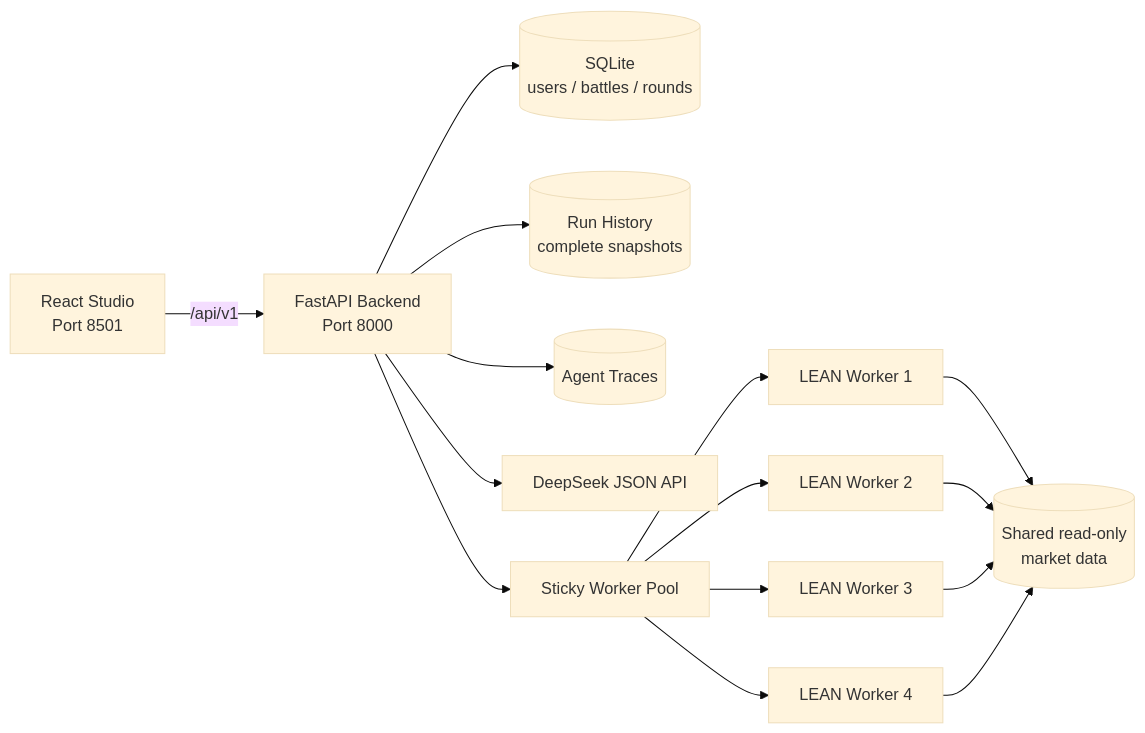
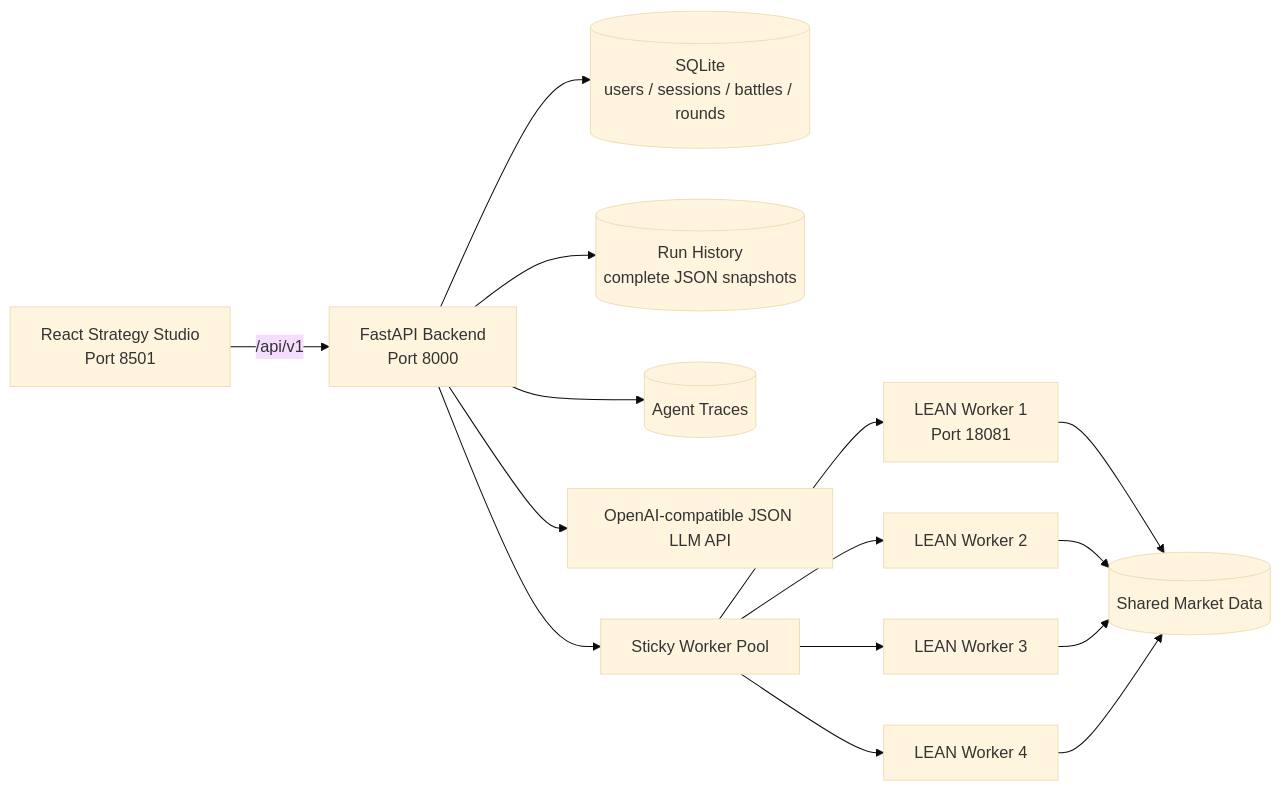
The second of 4 diagrams in README.md (FrankForest1003/AlphaForge), drawn with Mermaid (base theme) before and after one commit. The commit also changed other lines of this file, not shown here.

````diff
--- a/README.md
+++ b/README.md
@@ -156,19 +231,20 @@
 ```mermaid
 flowchart LR
-    U[React Studio<br/>Port 8501] -->|/api/v1| B[FastAPI Backend<br/>Port 8000]
-    B --> DB[(SQLite<br/>users / battles / rounds)]
-    B --> H[(Run History<br/>complete snapshots)]
+    U[React Strategy Studio<br/>Port 8501] -->|/api/v1| B[FastAPI Backend<br/>Port 8000]
+
+    B --> DB[(SQLite<br/>users / sessions / battles / rounds)]
+    B --> H[(Run History<br/>complete JSON snapshots)]
     B --> T[(Agent Traces)]
-    B --> LLM[DeepSeek JSON API]
+    B --> LLM[OpenAI-compatible JSON LLM API]
 
     B --> P[Sticky Worker Pool]
-    P --> W1[LEAN Worker 1]
+    P --> W1[LEAN Worker 1<br/>Port 18081]
     P --> W2[LEAN Worker 2]
     P --> W3[LEAN Worker 3]
     P --> W4[LEAN Worker 4]
 
-    W1 --> D[(Shared read-only<br/>market data)]
+    W1 --> D[(Shared Market Data)]
     W2 --> D
     W3 --> D
     W4 --> D
 ```
````
